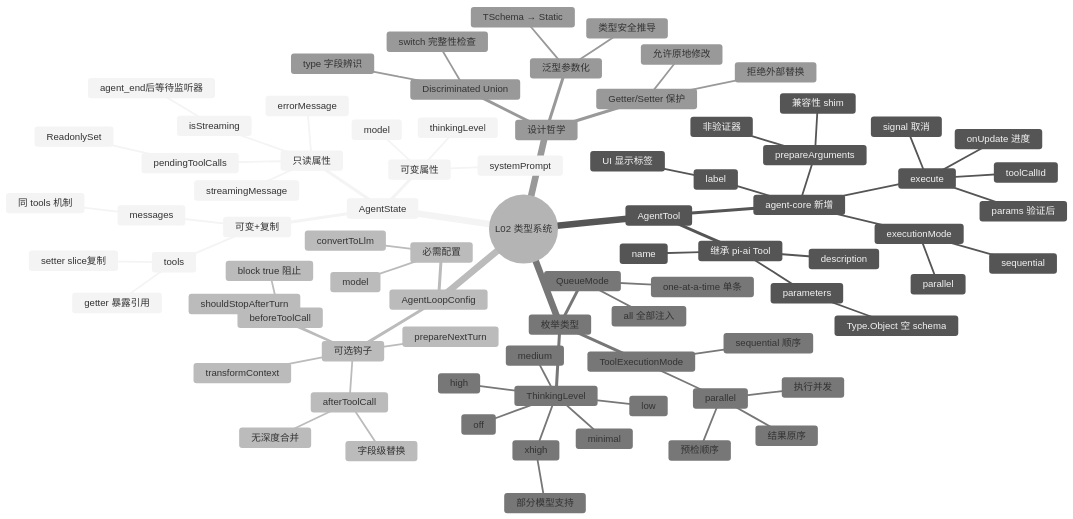
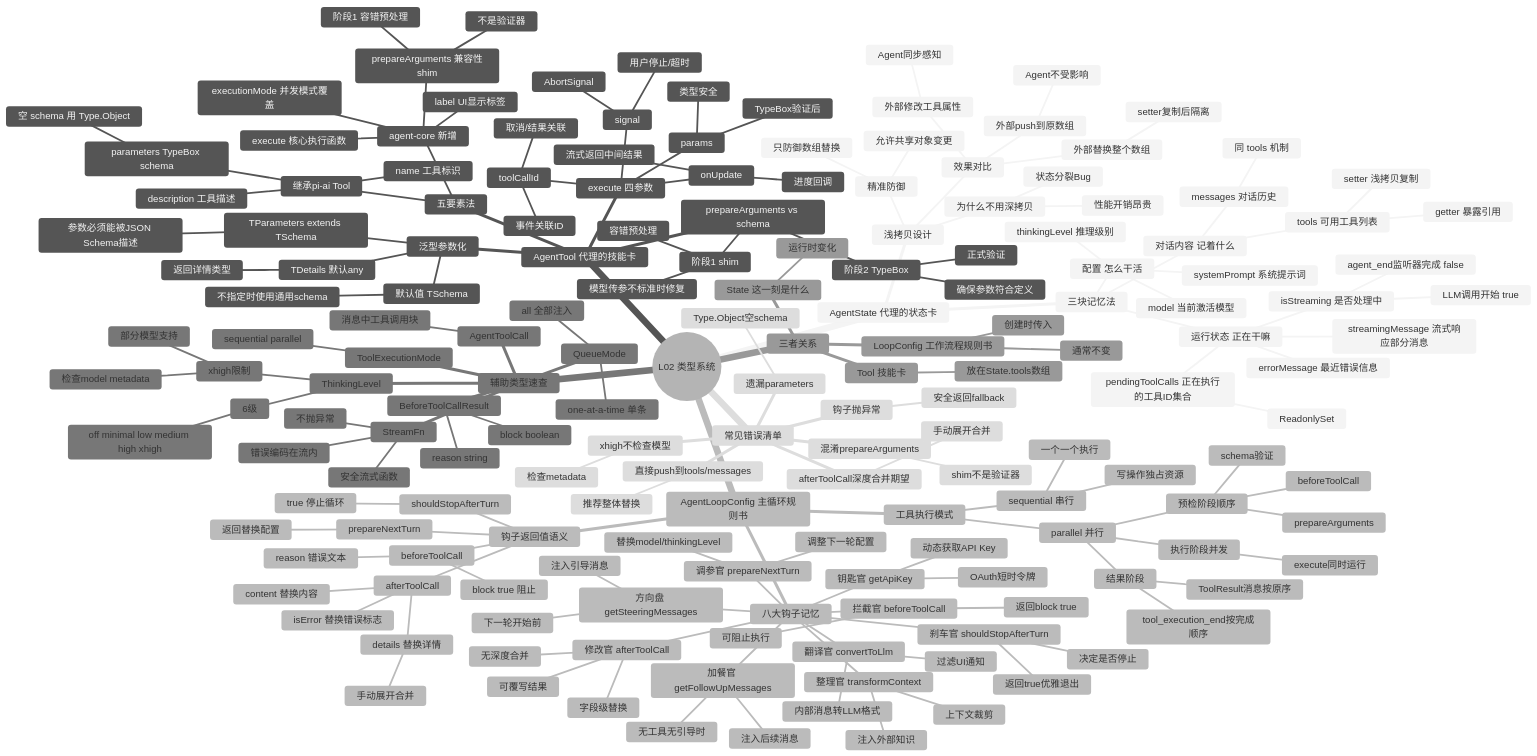
Before and after one commit to AltumSisy/State-driven-progressive-learning-system: the diagram in .learning/agent-core-study/context/L02/mindmap.mermaid.md, drawn with Mermaid (neutral theme). The commit also changed other lines of this file and 10 other files, not shown here.

Commit message:
docs: update agent-core-study materials and add unified LLM API design

````diff
--- a/.learning/agent-core-study/context/L02/mindmap.mermaid.md
+++ b/.learning/agent-core-study/context/L02/mindmap.mermaid.md
@@ -4,87 +4,189 @@
 mindmap
   root((L02 类型系统))
     
-    AgentState
-      可变属性
-        systemPrompt
-        model
-        thinkingLevel
-      可变+复制
-        tools
-          getter 暴露引用
-          setter slice复制
-        messages
-          同 tools 机制
-      只读属性
-        isStreaming
-          agent_end后等待监听器
-        streamingMessage
-        pendingToolCalls
-          ReadonlySet
-        errorMessage
+    AgentState 代理的状态卡
+      三块记忆法
+        配置 怎么干活
+          systemPrompt 系统提示词
+          model 当前激活模型
+          thinkingLevel 推理级别
+        对话内容 记着什么
+          tools 可用工具列表
+            getter 暴露引用
+            setter 浅拷贝复制
+          messages 对话历史
+            同 tools 机制
+        运行状态 正在干嘛
+          isStreaming 是否处理中
+            LLM调用开始 true
+            agent_end监听器完成 false
+          streamingMessage 流式响应部分消息
+          pendingToolCalls 正在执行的工具ID集合
+            ReadonlySet
+          errorMessage 最近错误信息
+      
+      浅拷贝设计
+        精准防御
+          只防御数组替换
+          允许共享对象变更
+        效果对比
+          外部修改工具属性
+            Agent同步感知
+          外部push到原数组
+            Agent不受影响
+          外部替换整个数组
+            setter复制后隔离
+        为什么不用深拷贝
+          状态分裂Bug
+          性能开销昂贵
+      
+    AgentTool 代理的技能卡
+      五要素法
+        继承pi-ai Tool
+          name 工具标识
+          description 工具描述
+          parameters TypeBox schema
+            空 schema 用 Type.Object
+        agent-core 新增
+          label UI显示标签
+          prepareArguments 兼容性shim
+            不是验证器
+            阶段1 容错预处理
+          execute 核心执行函数
+          executionMode 并发模式覆盖
+      
+      execute 四参数
+        toolCallId
+          事件关联ID
+          取消/结果关联
+        params
+          TypeBox验证后
+          类型安全
+        signal
+          AbortSignal
+          用户停止/超时
+        onUpdate
+          进度回调
+          流式返回中间结果
+      
+      泛型参数化
+        TParameters extends TSchema
+          参数必须能被JSON Schema描述
+        默认值 TSchema
+          不指定时使用通用schema
+        TDetails 默认any
+          返回详情类型
+      
+      prepareArguments vs schema
+        阶段1 shim
+          容错预处理
+          模型传参不标准时修复
+        阶段2 TypeBox
+          正式验证
+          确保参数符合定义
     
-    AgentTool
-      继承 pi-ai Tool
-        name
-        description
-        parameters
-          Type.Object 空 schema
-      agent-core 新增
-        label
-          UI 显示标签
-        prepareArguments
-          兼容性 shim
-          非验证器
-        execute
-          toolCallId
-          params 验证后
-          signal 取消
-          onUpdate 进度
-        executionMode
-          sequential
-          parallel
-    
-    AgentLoopConfig
-      必需配置
-        model
-        convertToLlm
-      可选钩子
+    AgentLoopConfig 主循环规则书
+      八大钩子记忆
+        翻译官 convertToLlm
+          内部消息转LLM格式
+          过滤UI通知
+        整理官 transformContext
+          上下文裁剪
+          注入外部知识
+        钥匙官 getApiKey
+          动态获取API Key
+          OAuth短时令牌
+        拦截官 beforeToolCall
+          可阻止执行
+          返回block true
+        修改官 afterToolCall
+          可覆写结果
+          字段级替换
+          无深度合并
+        刹车官 shouldStopAfterTurn
+          决定是否停止
+          返回true优雅退出
+        调参官 prepareNextTurn
+          调整下一轮配置
+          替换model/thinkingLevel
+        方向盘 getSteeringMessages
+          注入引导消息
+          下一轮开始前
+        加餐官 getFollowUpMessages
+          注入后续消息
+          无工具无引导时
+      
+      钩子返回值语义
         beforeToolCall
           block true 阻止
+          reason 错误文本
         afterToolCall
-          字段级替换
-          无深度合并
+          content 替换内容
+          details 替换详情
+            手动展开合并
+          isError 替换错误标志
         shouldStopAfterTurn
+          true 停止循环
         prepareNextTurn
-        transformContext
+          返回替换配置
+      
+      工具执行模式
+        sequential 串行
+          一个一个执行
+          写操作独占资源
+        parallel 并行
+          预检阶段顺序
+            prepareArguments
+            schema验证
+            beforeToolCall
+          执行阶段并发
+            execute同时运行
+          结果阶段
+            tool_execution_end按完成顺序
+            ToolResult消息按原序
     
-    枚举类型
+    辅助类型速查
+      StreamFn
+        安全流式函数
+        不抛异常
+        错误编码在流内
       ToolExecutionMode
-        sequential 顺序
-        parallel
-          预检顺序
-          执行并发
-          结果原序
+        sequential parallel
       QueueMode
         all 全部注入
         one-at-a-time 单条
+      AgentToolCall
+        消息中工具调用块
+      BeforeToolCallResult
+        block boolean
+        reason string
       ThinkingLevel
-        off
-        minimal
-        low
-        medium
-        high
-        xhigh
+        6级
+          off minimal low medium high xhigh
+        xhigh限制
           部分模型支持
+          检查model metadata
     
-    设计哲学
-      Discriminated Union
-        type 字段辨识
-        switch 完整性检查
-      Getter/Setter 保护
-        拒绝外部替换
-        允许原地修改
-      泛型参数化
-        TSchema → Static
-        类型安全推导
+    三者关系
+      State 这一刻是什么
+        运行时变化
+      Tool 技能卡
+        放在State.tools数组
+      LoopConfig 工作流程规则书
+        创建时传入
+        通常不变
+    
+    常见错误清单
+      遗漏parameters
+        Type.Object空schema
+      混淆prepareArguments
+        shim不是验证器
+      afterToolCall深度合并期望
+        手动展开合并
+      xhigh不检查模型
+        检查metadata
+      直接push到tools/messages
+        推荐整体替换
+      钩子抛异常
+        安全返回fallback
 ```
````
